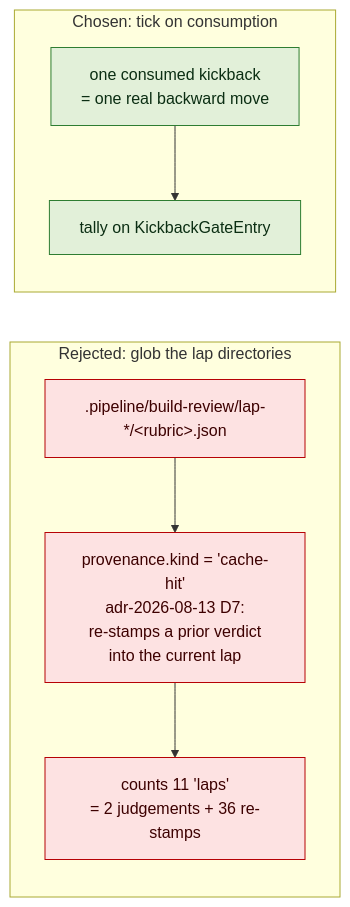
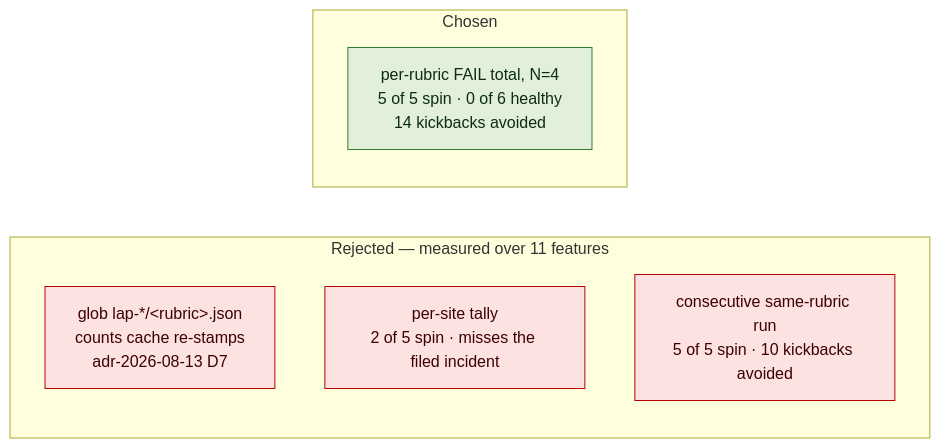
One commit to jstoup111/ai-conductor changed the second of 4 diagrams in .docs/architecture/the-engine-cannot-detect-its-own-spinning-operator.md. Above: the diagram before and after it, drawn with Mermaid. The commit also changed other lines of this file and 9 other files, not shown here.

First line of the commit message:
spec: re-key the build_review spin bound from site to rubric on measured evidence

````diff
--- a/.docs/architecture/the-engine-cannot-detect-its-own-spinning-operator.md
+++ b/.docs/architecture/the-engine-cannot-detect-its-own-spinning-operator.md
@@ -51,21 +46,17 @@
 ```mermaid
 graph LR
-  subgraph WRONG["Rejected: glob the lap directories"]
-    G[".pipeline/build-review/lap-*/&lt;rubric&gt;.json"]
-    C["provenance.kind = 'cache-hit'<br/>adr-2026-08-13 D7:<br/>re-stamps a prior verdict<br/>into the current lap"]
-    N["counts 11 'laps'<br/>= 2 judgements + 36 re-stamps"]
+  subgraph REJ["Rejected — measured over 11 features"]
+    G["glob lap-*/&lt;rubric&gt;.json<br/>counts cache re-stamps<br/>adr-2026-08-13 D7"]
+    S["per-site tally<br/>2 of 5 spin · misses the filed incident"]
+    C["consecutive same-rubric run<br/>5 of 5 spin · 10 kickbacks avoided"]
   end
 
-  subgraph RIGHT["Chosen: tick on consumption"]
-    K["one consumed kickback<br/>= one real backward move"]
-    T["tally on KickbackGateEntry"]
+  subgraph SEL["Chosen"]
+    R["per-rubric FAIL total, N=4<br/>5 of 5 spin · 0 of 6 healthy<br/>14 kickbacks avoided"]
   end
-
-  G --> C --> N
-  K --> T
 
   classDef defect fill:#fde2e2,stroke:#b60205,color:#3d0000;
   classDef ok fill:#e2f0d9,stroke:#2e7d32,color:#0b2e13;
-  class G,C,N defect;
-  class K,T ok;
+  class G,S,C defect;
+  class R ok;
 ```
````
